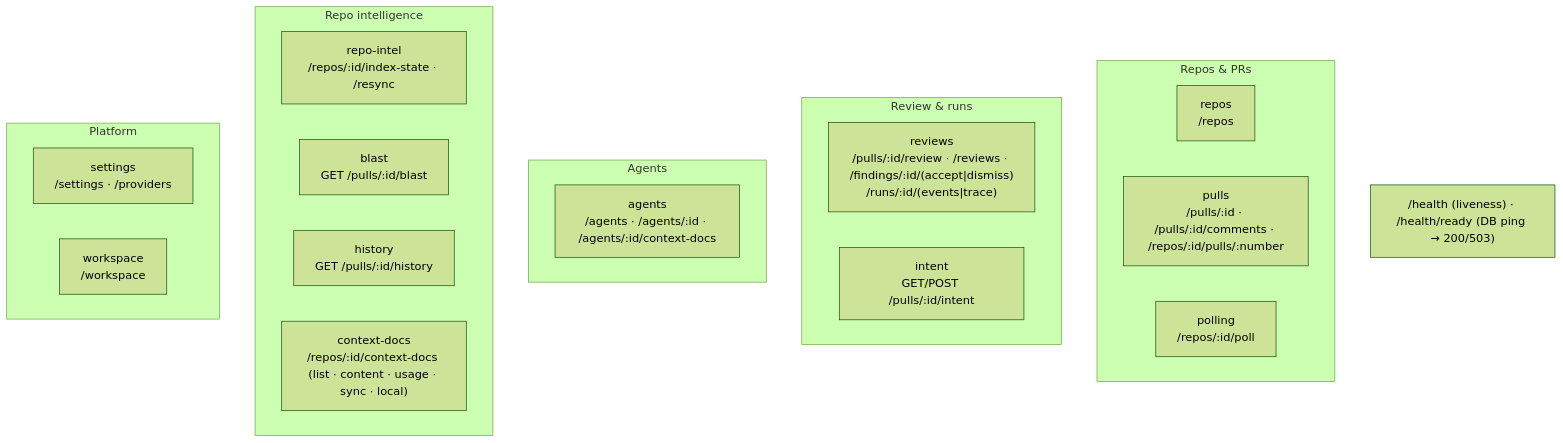
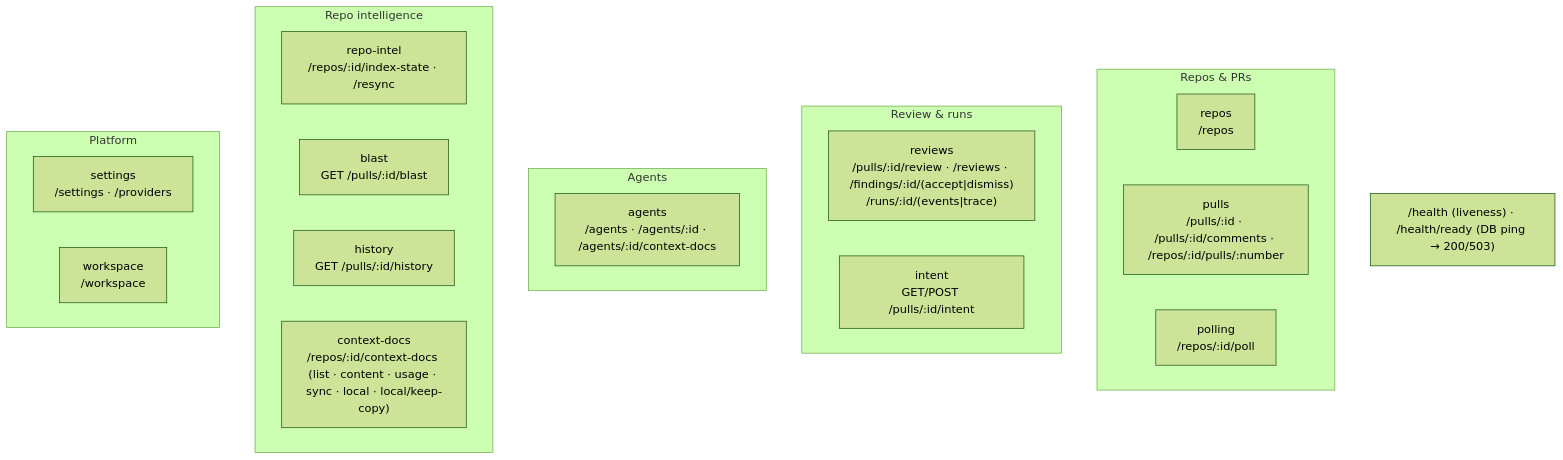
Before and after one commit to BalakaMd/dev-digest: the second of 2 diagrams in server/README.md, drawn with Mermaid (forest theme). The commit also changed 61 other files, not shown here.

Commit message:
feat: implement local context document overrides and UI management workflows

````diff
--- a/server/README.md
+++ b/server/README.md
@@ -64,26 +64,26 @@
 ```mermaid
 flowchart TB
   subgraph Repos_PRs["Repos & PRs"]
     repos["repos<br/>/repos"]
     pulls["pulls<br/>/pulls/:id · /pulls/:id/comments · /repos/:id/pulls/:number"]
     polling["polling<br/>/repos/:id/poll"]
   end
   subgraph Review["Review & runs"]
     reviews["reviews<br/>/pulls/:id/review · /reviews · /findings/:id/(accept|dismiss)<br/>/runs/:id/(events|trace)"]
     intent["intent<br/>GET/POST /pulls/:id/intent"]
   end
   subgraph Agents["Agents"]
     agents["agents<br/>/agents · /agents/:id · /agents/:id/context-docs"]
   end
   subgraph Intel["Repo intelligence"]
     repoIntel["repo-intel<br/>/repos/:id/index-state · /resync"]
     blast["blast<br/>GET /pulls/:id/blast"]
     history["history<br/>GET /pulls/:id/history"]
-    contextDocs["context-docs<br/>/repos/:id/context-docs (list · content · usage · sync · local)"]
+    contextDocs["context-docs<br/>/repos/:id/context-docs (list · content · usage · sync · local · local/keep-copy)"]
   end
   subgraph Platform["Platform"]
     settings["settings<br/>/settings · /providers"]
     workspace["workspace<br/>/workspace"]
   end
   HEALTH["/health (liveness) · /health/ready (DB ping → 200/503)"]
 ```
````
